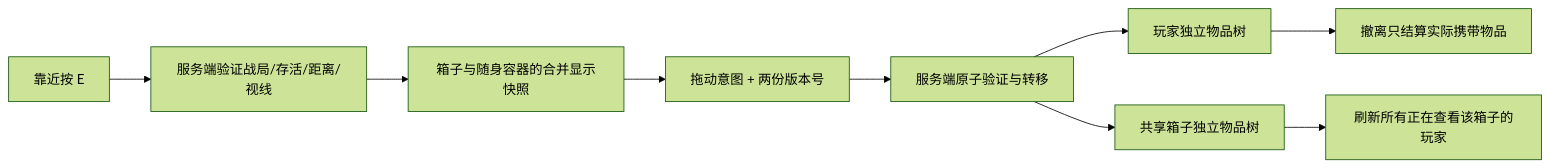
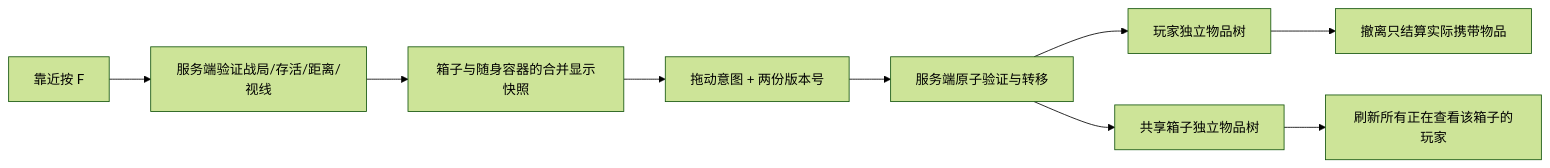
Before and after one commit to MorrowHome/Moonkov: the diagram in Docs/LootContainers.md, drawn with Mermaid (forest theme). The commit also changed other lines of this file and 20 other files, not shown here.

````diff
--- a/Docs/LootContainers.md
+++ b/Docs/LootContainers.md
@@ -38,11 +38,11 @@
 ```mermaid
 flowchart LR
-    E[靠近按 E] --> O[服务端验证战局/存活/距离/视线]
+    E[靠近按 F] --> O[服务端验证战局/存活/距离/视线]
     O --> U[箱子与随身容器的合并显示快照]
     U --> C[拖动意图 + 两份版本号]
     C --> V[服务端原子验证与转移]
     V --> P[玩家独立物品树]
     V --> L[共享箱子独立物品树]
     L --> W[刷新所有正在查看该箱子的玩家]
     P --> S[撤离只结算实际携带物品]
 ```
````
